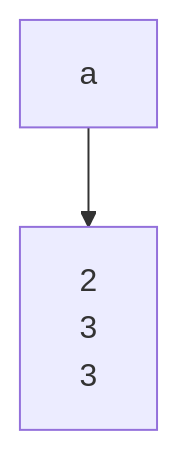
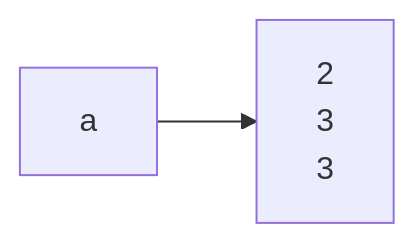
The diagram in 笔记工具类/Mermaid.md (Ayusummer/DailyNotes), drawn with Mermaid before and after one commit. The commit also changed other lines of this file, not shown here.

Commit message:
docs📝:  更新 Mermaid 笔记 - 限制流程图大小 - Github 与 VSCode 上的 Mermaid 显示支持

````diff
--- a/笔记工具类/Mermaid.md
+++ b/笔记工具类/Mermaid.md
@@ -24,4 +25,4 @@
 ```mermaid
-graph TD;
+graph LR;
 a-->b[2<br>3<br>3]
 ```
````
